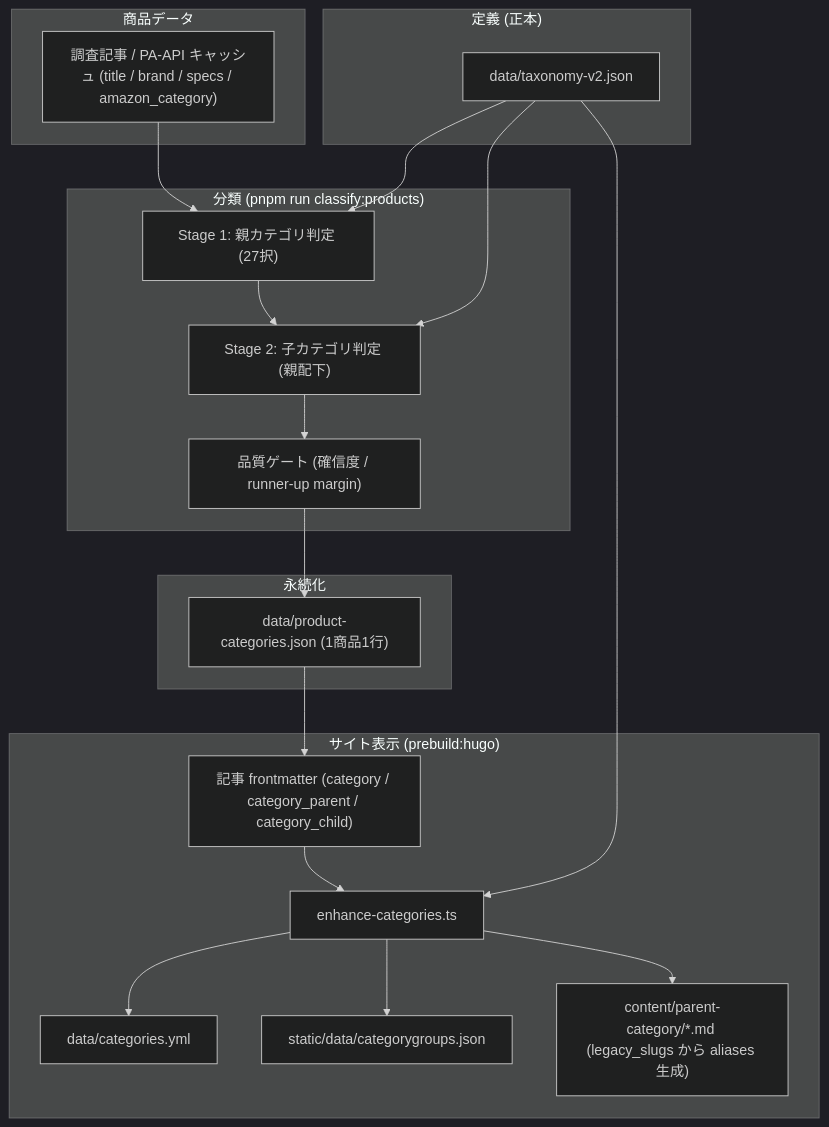
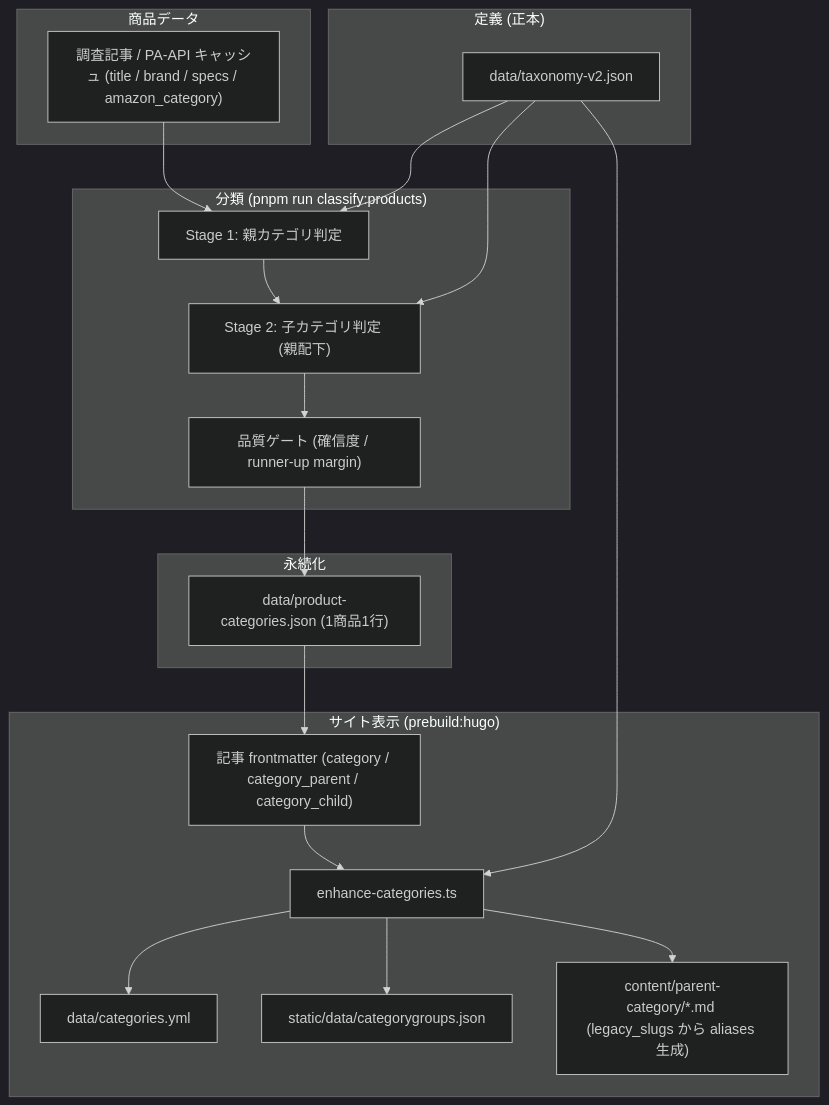
One commit to aegisfleet/amazon-product-article changed the diagram in docs/category-management.md. Above: the diagram before and after it, drawn with Mermaid (dark theme). The commit also changed other lines of this file and 1 other file, not shown here.

Commit message:
docs: add category management and frontend architecture documentation

````diff
--- a/docs/category-management.md
+++ b/docs/category-management.md
@@ -11,31 +11,31 @@
 ```mermaid
 graph TD
     subgraph Input["商品データ"]
         Art["調査記事 / PA-API キャッシュ (title / brand / specs / amazon_category)"]
     end
 
     subgraph Classify["分類 (pnpm run classify:products)"]
-        Art --> G1["Stage 1: 親カテゴリ判定 (27択)"]
+        Art --> G1["Stage 1: 親カテゴリ判定"]
         G1 --> G2["Stage 2: 子カテゴリ判定 (親配下)"]
         G2 --> Gate["品質ゲート (確信度 / runner-up margin)"]
     end
 
     subgraph Store["永続化"]
         Gate --> PC["data/product-categories.json (1商品1行)"]
     end
 
     subgraph Definition["定義 (正本)"]
         TX["data/taxonomy-v2.json"]
         TX --> G1
         TX --> G2
     end
 
     subgraph Output["サイト表示 (prebuild:hugo)"]
         PC --> Article["記事 frontmatter (category / category_parent / category_child)"]
         TX --> Enhance["enhance-categories.ts"]
         Article --> Enhance
         Enhance --> Yaml["data/categories.yml"]
         Enhance --> Static["static/data/categorygroups.json"]
         Enhance --> Parent["content/parent-category/*.md (legacy_slugs から aliases 生成)"]
     end
 ```
````
